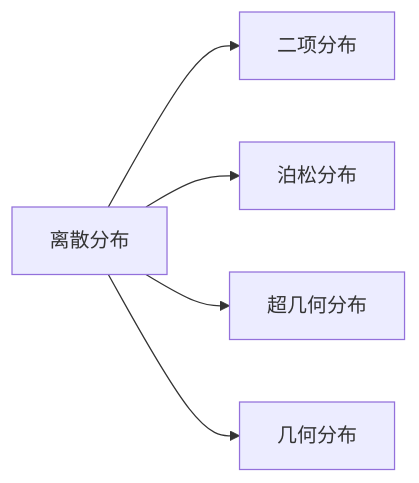
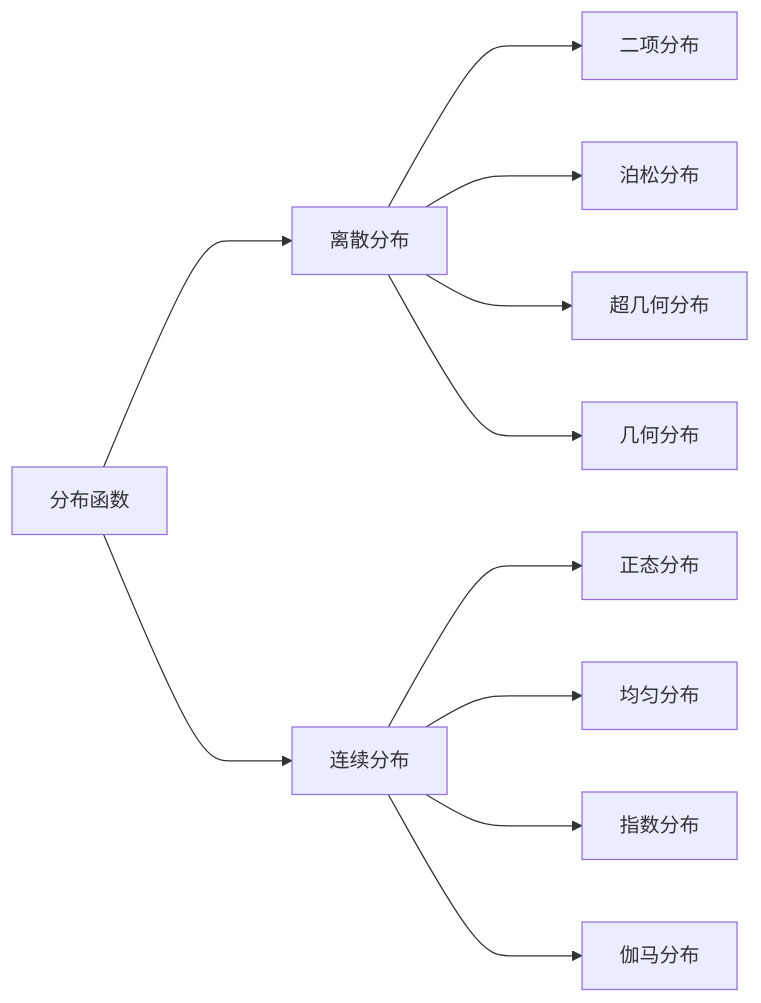
Before and after one commit to UNLINEARITY/Learn-Everything: the diagram in src/site/notes/分布函数.md, drawn with Mermaid. The commit also changed other lines of this file, not shown here.

Commit message:
Update content src/site/notes/分布函数.md

````diff
--- a/src/site/notes/分布函数.md
+++ b/src/site/notes/分布函数.md
@@ -27,4 +53,6 @@
 ```mermaid
 graph LR
-1[离散分布]--> 二项分布 & 泊松分布 & 超几何分布 & 几何分布
+分布函数--->1[离散分布] & 2[连续分布]
+1---> 二项分布 & 泊松分布 & 超几何分布 & 几何分布
+2---> 正态分布 & 均匀分布 &  指数分布 & 伽马分布
 ```
````
